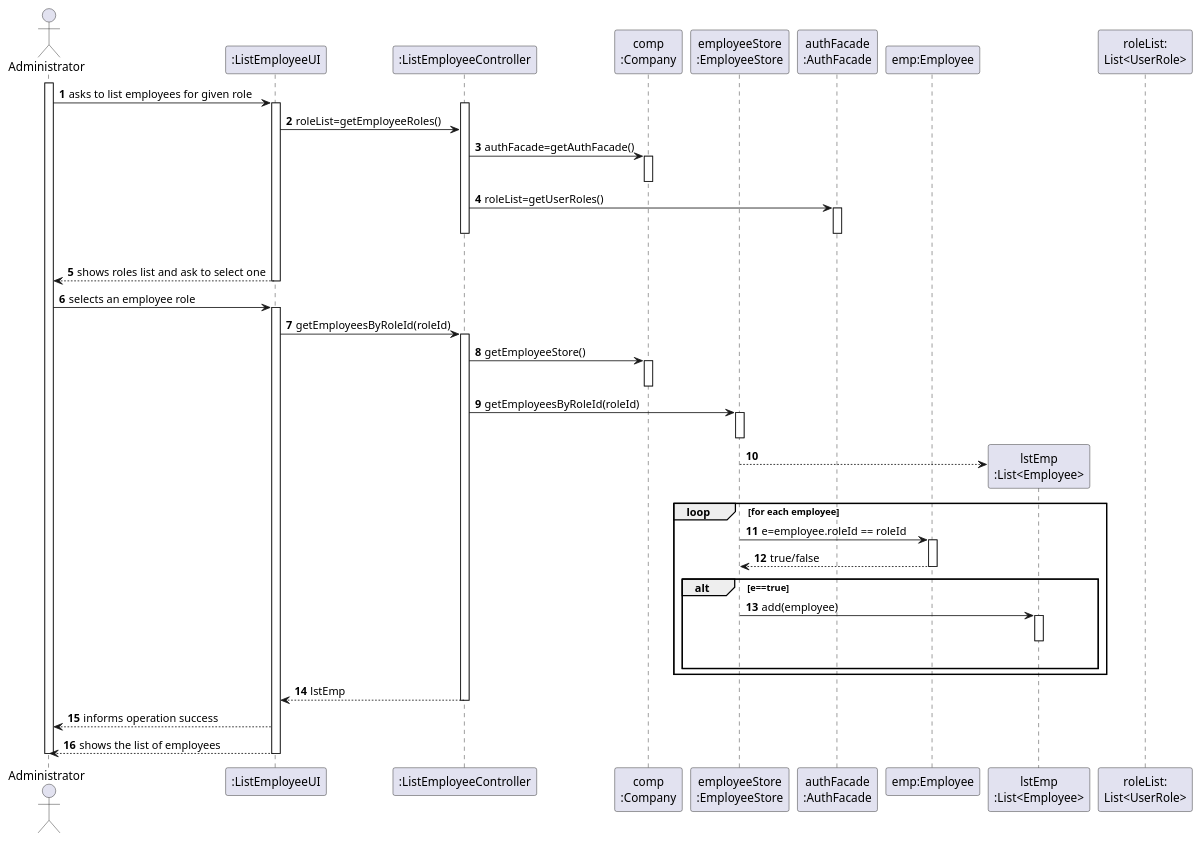
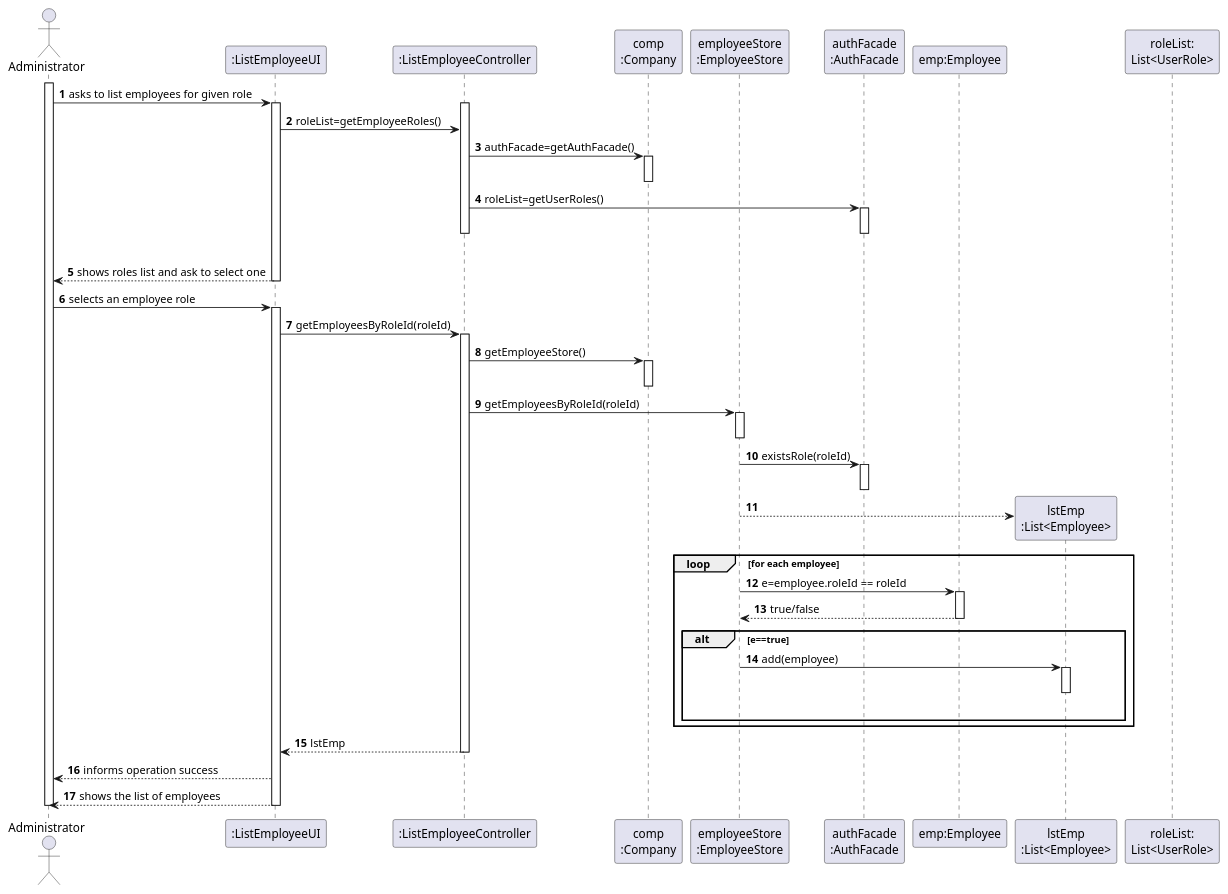
One commit to miseEnPlace-i/lapr2 changed the diagram in docs/SprintB/US11/SD/US11_SD.puml. Above: the diagram before and after it, drawn with PlantUML. The commit also changed 5 other files, not shown here.

```diff
--- a/docs/SprintB/US11/SD/US11_SD.puml
+++ b/docs/SprintB/US11/SD/US11_SD.puml
@@ -1,74 +1,77 @@
 @startuml
 autonumber
 'hide footbox
 actor "Administrator" as ADM
 
 participant ":ListEmployeeUI" as UI
 participant ":ListEmployeeController" as CTRL
 participant "comp\n:Company" as COMP
 participant "employeeStore\n:EmployeeStore" as EMPS
 participant "authFacade\n:AuthFacade" as AUTH
 participant "emp:Employee" as EMP
 
 
 activate ADM
 ADM -> UI : asks to list employees for given role
 activate UI
 activate CTRL
 UI -> CTRL : roleList=getEmployeeRoles()
 CTRL -> COMP : authFacade=getAuthFacade()
 activate COMP
 deactivate COMP
 
 CTRL -> AUTH : roleList=getUserRoles()
 activate AUTH
 |||
 deactivate AUTH
 deactivate CTRL
 
 UI --> ADM : shows roles list and ask to select one
 deactivate UI
 
 ADM -> UI : selects an employee role
 activate UI
 
 UI -> CTRL : getEmployeesByRoleId(roleId)
 activate CTRL
 
 CTRL -> COMP: getEmployeeStore()
 activate COMP
 deactivate COMP
 CTRL -> EMPS: getEmployeesByRoleId(roleId)
 activate EMPS
 deactivate EMPS
+EMPS -> AUTH: existsRole(roleId)
+activate AUTH
+deactivate AUTH
 create "lstEmp\n:List<Employee>" as LST
 EMPS --> LST
 
 loop for each employee
     EMPS -> EMP: e=employee.roleId == roleId
   activate EMP
     EMP --> EMPS: true/false
   deactivate EMP
     alt e==true
         EMPS -> LST: add(employee)
       activate LST
     |||
     deactivate LST
     end
 end
 
 CTRL --> UI: lstEmp
 
 deactivate COMP
 deactivate CTRL
 UI --> ADM : informs operation success
 UI --> ADM: shows the list of employees
 deactivate UI
 
 deactivate UI
 deactivate CTRL
 deactivate ADM
 
 participant "roleList:\nList<UserRole>"
 
 @enduml
```
